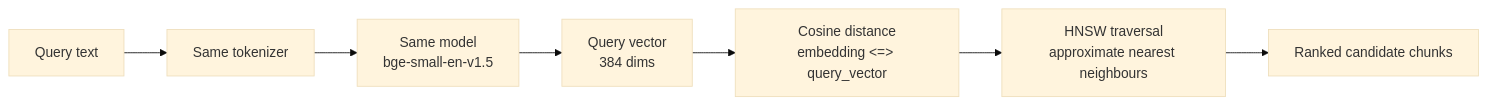
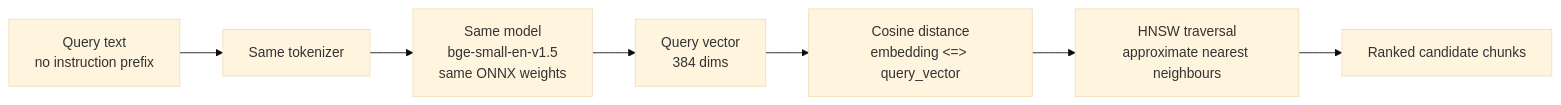
Before and after one commit to emstacho-su/agentic-harness: the second of 3 diagrams in docs/embeddings.md, drawn with Mermaid (base theme). The commit also changed other lines of this file and 8 other files, not shown here.

````diff
--- a/docs/embeddings.md
+++ b/docs/embeddings.md
@@ -26,9 +27,9 @@
 ```mermaid
 flowchart LR
-    Q["Query text"] --> QT["Same tokenizer"]
-    QT --> QM["Same model<br/>bge-small-en-v1.5"]
+    Q["Query text<br/>no instruction prefix"] --> QT["Same tokenizer"]
+    QT --> QM["Same model<br/>bge-small-en-v1.5<br/>same ONNX weights"]
     QM --> QV["Query vector<br/>384 dims"]
     QV --> OP["Cosine distance<br/>embedding &lt;=&gt; query_vector"]
     OP --> HN["HNSW traversal<br/>approximate nearest neighbours"]
     HN --> R["Ranked candidate chunks"]
 ```
````
